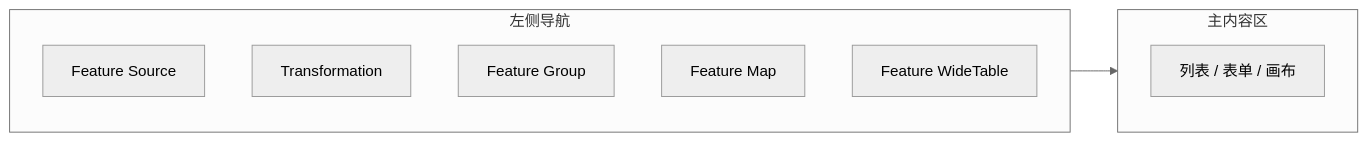
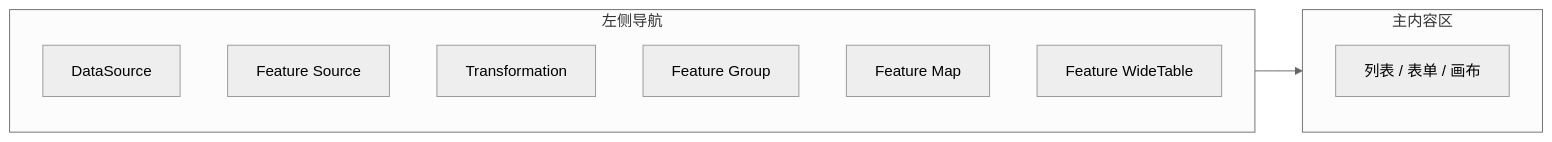
One commit to Cedric-Chan/FeatureStore changed the first of 2 diagrams in docs/design/front-design/产品原型图.md. Above: the diagram before and after it, drawn with Mermaid (neutral theme). The commit also changed other lines of this file and 7 other files, not shown here.

First line of the commit message:
feat: add DataSource module, Feature Logic Modal, Asset Lineage

````diff
--- a/docs/design/front-design/产品原型图.md
+++ b/docs/design/front-design/产品原型图.md
@@ -31,14 +31,15 @@
 ```mermaid
 flowchart LR
   subgraph nav [左侧导航]
+    DS[DataSource]
     FS[Feature Source]
     T[Transformation]
     FG[Feature Group]
     FM[Feature Map]
     TS[Feature WideTable]
   end
   subgraph main [主内容区]
     Content[列表 / 表单 / 画布]
   end
   nav --> main
 ```
````
